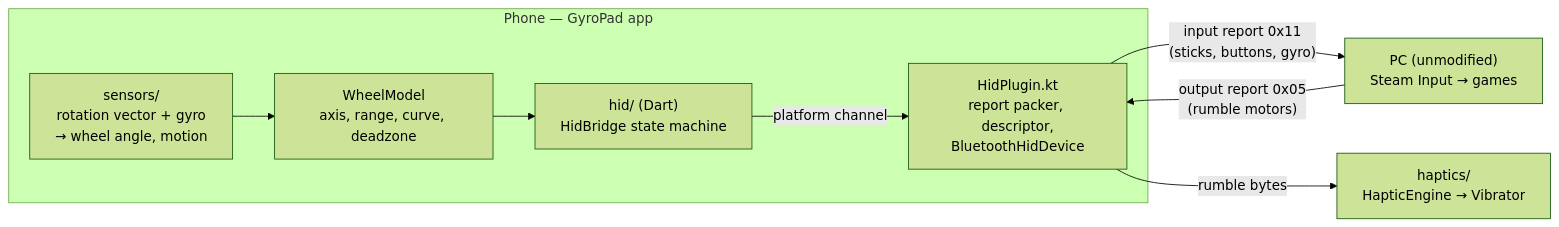
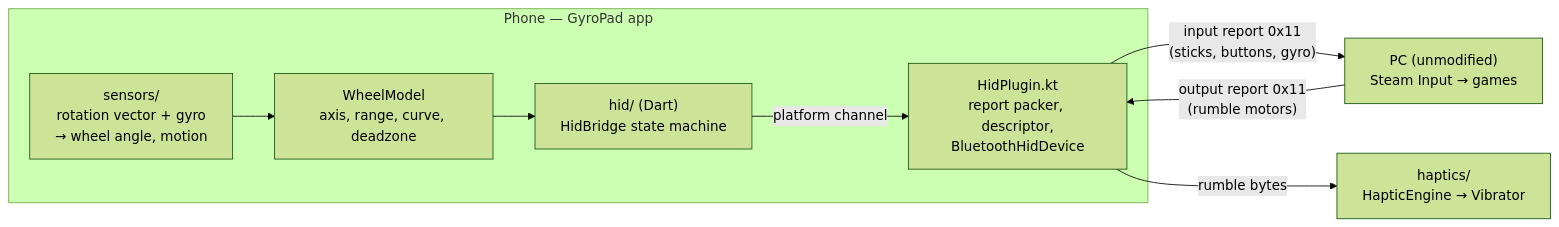
The first of 2 diagrams in docs/ARCHITECTURE.md (anshu018/GyroPhone), drawn with Mermaid (forest theme) before and after one commit. The commit also changed other lines of this file and 15 other files, not shown here.

````diff
--- a/docs/ARCHITECTURE.md
+++ b/docs/ARCHITECTURE.md
@@ -11,11 +11,11 @@
 ```mermaid
 flowchart LR
   subgraph PHONE["Phone — GyroPad app"]
     S["sensors/<br/>rotation vector + gyro<br/>→ wheel angle, motion"] --> W["WheelModel<br/>axis, range, curve, deadzone"]
     W --> H["hid/ (Dart)<br/>HidBridge state machine"]
     H -- platform channel --> K["HidPlugin.kt<br/>report packer, descriptor,<br/>BluetoothHidDevice"]
   end
   K -- "input report 0x11<br/>(sticks, buttons, gyro)" --> PC["PC (unmodified)<br/>Steam Input → games"]
-  PC -- "output report 0x05<br/>(rumble motors)" --> K
+  PC -- "output report 0x11<br/>(rumble motors)" --> K
   K -- rumble bytes --> HP["haptics/<br/>HapticEngine → Vibrator"]
 ```
````
